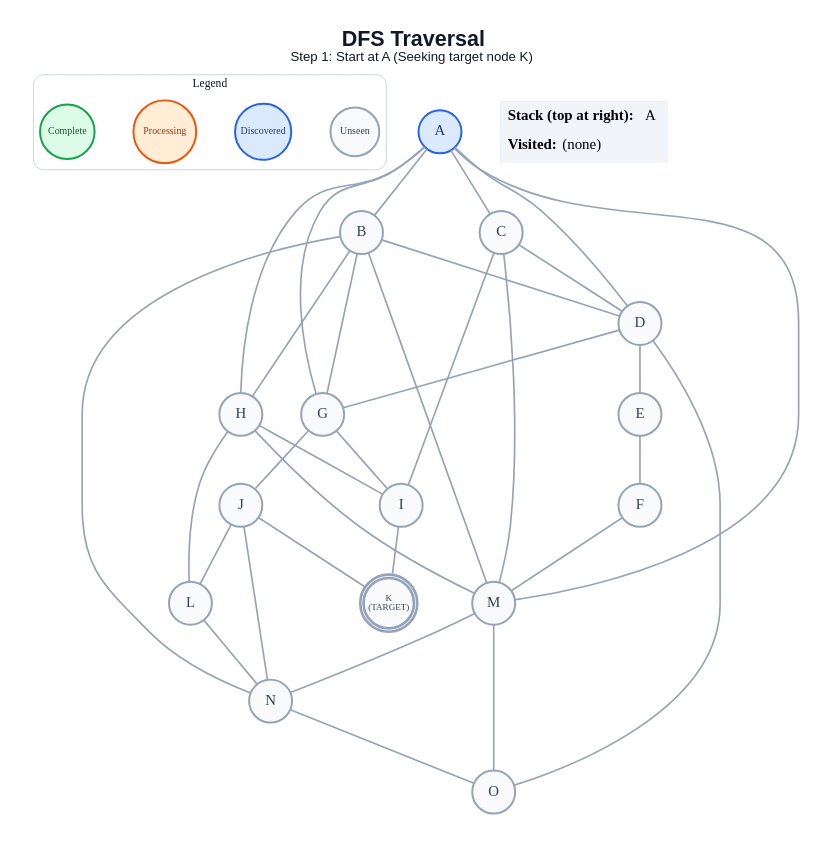
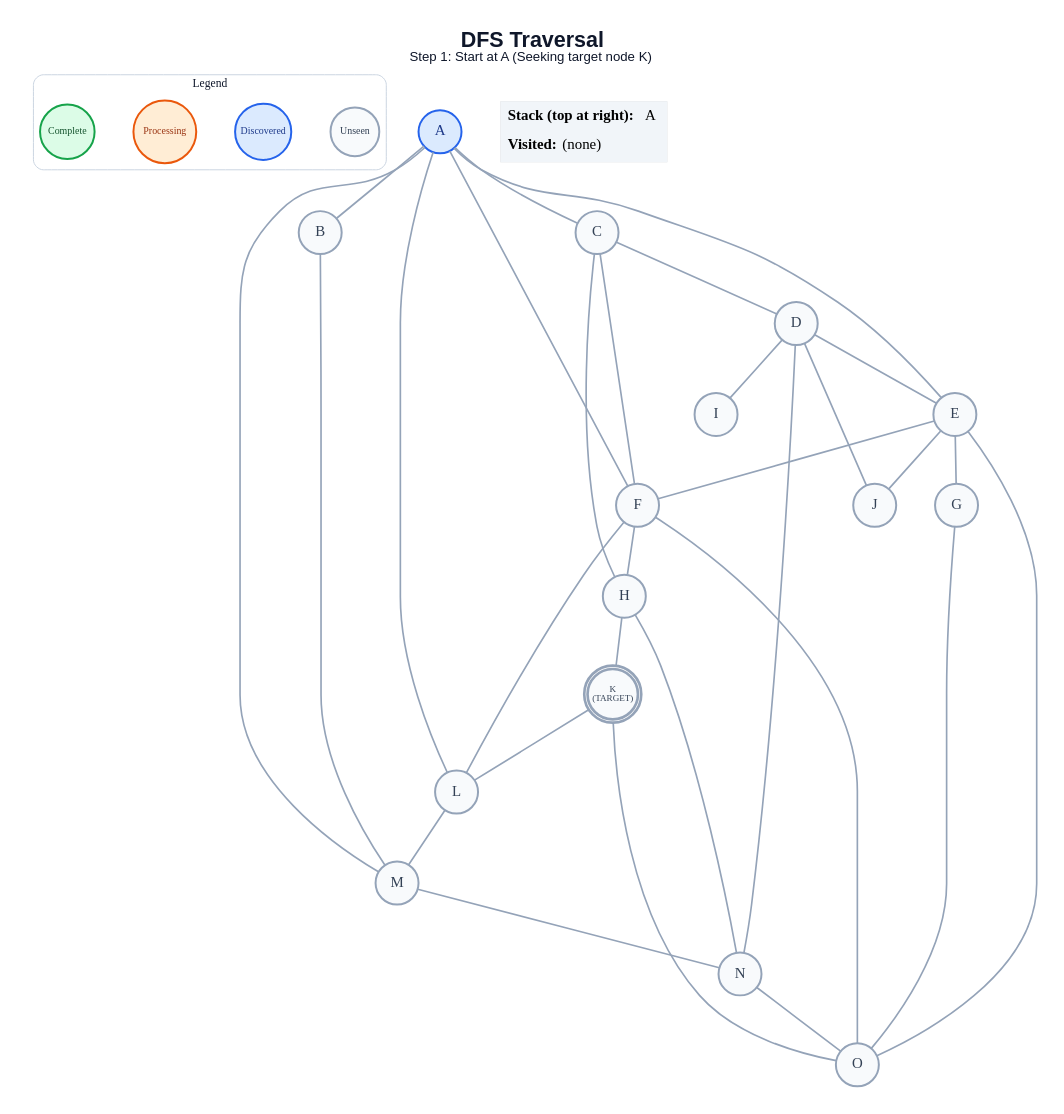
One commit to anon7238593-create/ai-slop changed the diagram in generated/dfs/step_01.dot. Above: the diagram before and after it, drawn with Graphviz. The commit also changed 307 other files, not shown here.

```diff
--- a/generated/dfs/step_01.dot
+++ b/generated/dfs/step_01.dot
@@ -1,66 +1,63 @@
 graph traversal {
   graph [layout=dot, rankdir=TB, bgcolor="#FFFFFF", pad="0.35", nodesep="0.65", ranksep="0.8", fontname="Arial"];
   node [shape=circle, style="filled", fontname="Arial Bold", fontsize=18, width=0.72, fixedsize=true, penwidth=2.4];
   edge [color="#94A3B8", penwidth=2.0];
   label=<<B>DFS Traversal</B><BR/><FONT POINT-SIZE="16">Step 1: Start at A (Seeking target node K)</FONT>>; labelloc="t"; fontsize=26; fontname="Arial"; fontcolor="#0F172A";
   subgraph cluster_legend { label="Legend"; color="#CBD5E1"; penwidth=1.2; style="rounded"; fontsize=14; fontname="Arial Bold";
     key_unseen [label="Unseen", fillcolor="#F8FAFC", color="#94A3B8", fontcolor="#334155", fontsize=12, width=0.82];
     key_frontier [label="Discovered", fillcolor="#DBEAFE", color="#2563EB", fontcolor="#1E3A8A", fontsize=12, width=0.95];
     key_current [label="Processing", fillcolor="#FFEDD5", color="#EA580C", fontcolor="#9A3412", fontsize=12, width=1.05];
     key_done [label="Complete", fillcolor="#DCFCE7", color="#16A34A", fontcolor="#14532D", fontsize=12, width=0.92];
     { rank=same; key_unseen; key_frontier; key_current; key_done; }
   }
   A [label="A", fillcolor="#DBEAFE", color="#2563EB", fontcolor="#1E3A8A", peripheries=1, penwidth=2.4];
   B [label="B", fillcolor="#F8FAFC", color="#94A3B8", fontcolor="#334155", peripheries=1, penwidth=2.4];
   C [label="C", fillcolor="#F8FAFC", color="#94A3B8", fontcolor="#334155", peripheries=1, penwidth=2.4];
   D [label="D", fillcolor="#F8FAFC", color="#94A3B8", fontcolor="#334155", peripheries=1, penwidth=2.4];
   E [label="E", fillcolor="#F8FAFC", color="#94A3B8", fontcolor="#334155", peripheries=1, penwidth=2.4];
   F [label="F", fillcolor="#F8FAFC", color="#94A3B8", fontcolor="#334155", peripheries=1, penwidth=2.4];
   G [label="G", fillcolor="#F8FAFC", color="#94A3B8", fontcolor="#334155", peripheries=1, penwidth=2.4];
   H [label="H", fillcolor="#F8FAFC", color="#94A3B8", fontcolor="#334155", peripheries=1, penwidth=2.4];
   I [label="I", fillcolor="#F8FAFC", color="#94A3B8", fontcolor="#334155", peripheries=1, penwidth=2.4];
   J [label="J", fillcolor="#F8FAFC", color="#94A3B8", fontcolor="#334155", peripheries=1, penwidth=2.4];
   K [label="K\n(TARGET)", fillcolor="#F8FAFC", color="#94A3B8", fontcolor="#334155", peripheries=2, penwidth=3.2, fontsize=11, width=0.85, height=0.85];
   L [label="L", fillcolor="#F8FAFC", color="#94A3B8", fontcolor="#334155", peripheries=1, penwidth=2.4];
   M [label="M", fillcolor="#F8FAFC", color="#94A3B8", fontcolor="#334155", peripheries=1, penwidth=2.4];
   N [label="N", fillcolor="#F8FAFC", color="#94A3B8", fontcolor="#334155", peripheries=1, penwidth=2.4];
   O [label="O", fillcolor="#F8FAFC", color="#94A3B8", fontcolor="#334155", peripheries=1, penwidth=2.4];
   A -- B;
   A -- C;
-  A -- D;
-  A -- G;
-  A -- H;
+  A -- E;
+  A -- F;
+  A -- L;
   A -- M;
-  B -- D;
-  B -- G;
-  B -- H;
   B -- M;
-  B -- N;
   C -- D;
-  C -- I;
-  C -- M;
+  C -- F;
+  C -- H;
   D -- E;
-  D -- G;
-  D -- O;
+  D -- I;
+  D -- J;
+  D -- N;
   E -- F;
-  F -- M;
-  G -- I;
-  G -- J;
-  H -- I;
-  H -- L;
-  H -- M;
-  I -- K;
-  J -- K;
-  J -- L;
-  J -- N;
-  L -- N;
+  E -- G;
+  E -- J;
+  E -- O;
+  F -- H;
+  F -- L;
+  F -- O;
+  G -- O;
+  H -- K;
+  H -- N;
+  K -- L;
+  K -- O;
+  L -- M;
   M -- N;
-  M -- O;
   N -- O;
   status [shape=plain, fixedsize=false, width=0, height=0, margin=0, label=<
     <TABLE BORDER="0" CELLBORDER="0" CELLPADDING="7" BGCOLOR="#F1F5F9">
       <TR><TD ALIGN="LEFT"><B>Stack (top at right):</B> A</TD></TR>
       <TR><TD ALIGN="LEFT"><B>Visited:</B> (none)</TD></TR>
     </TABLE>
   >];
 }
```
